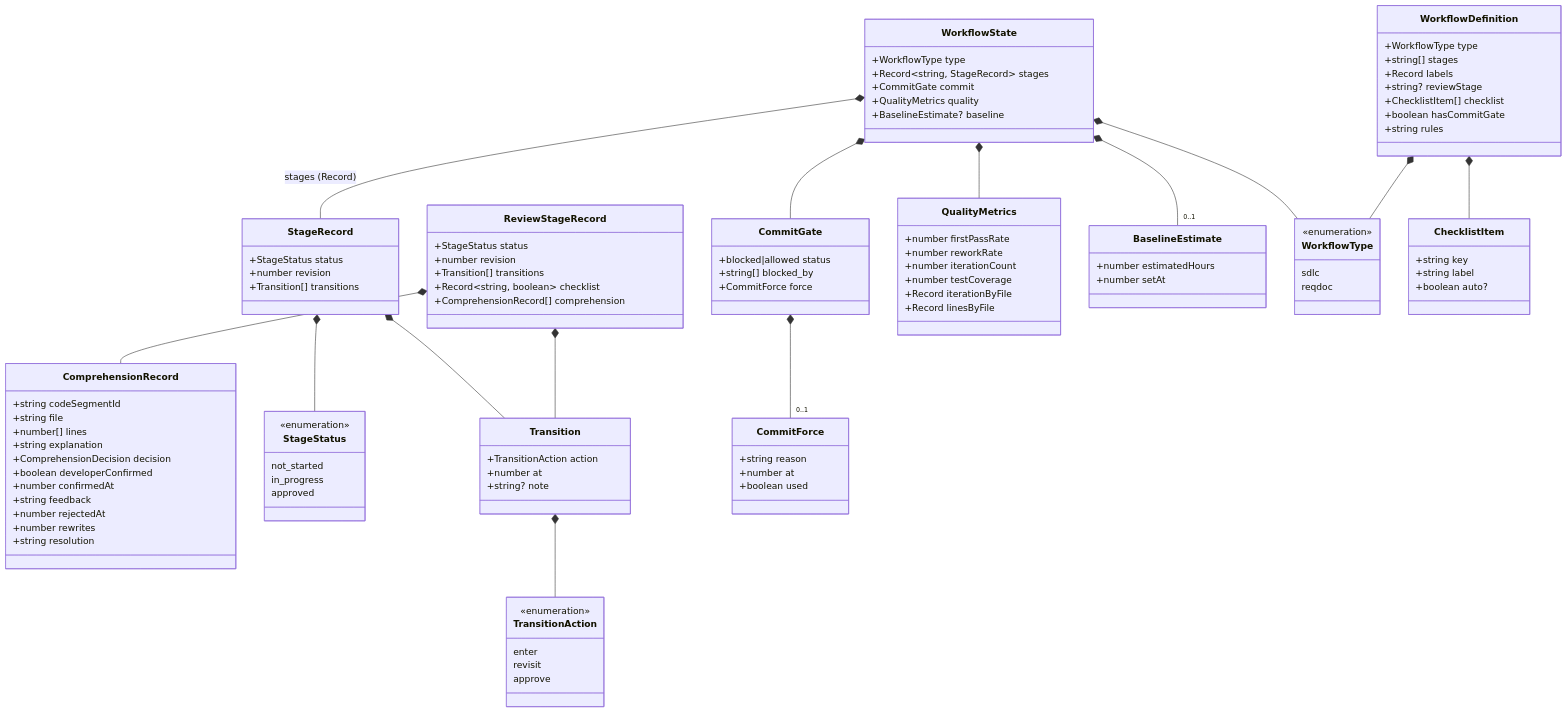
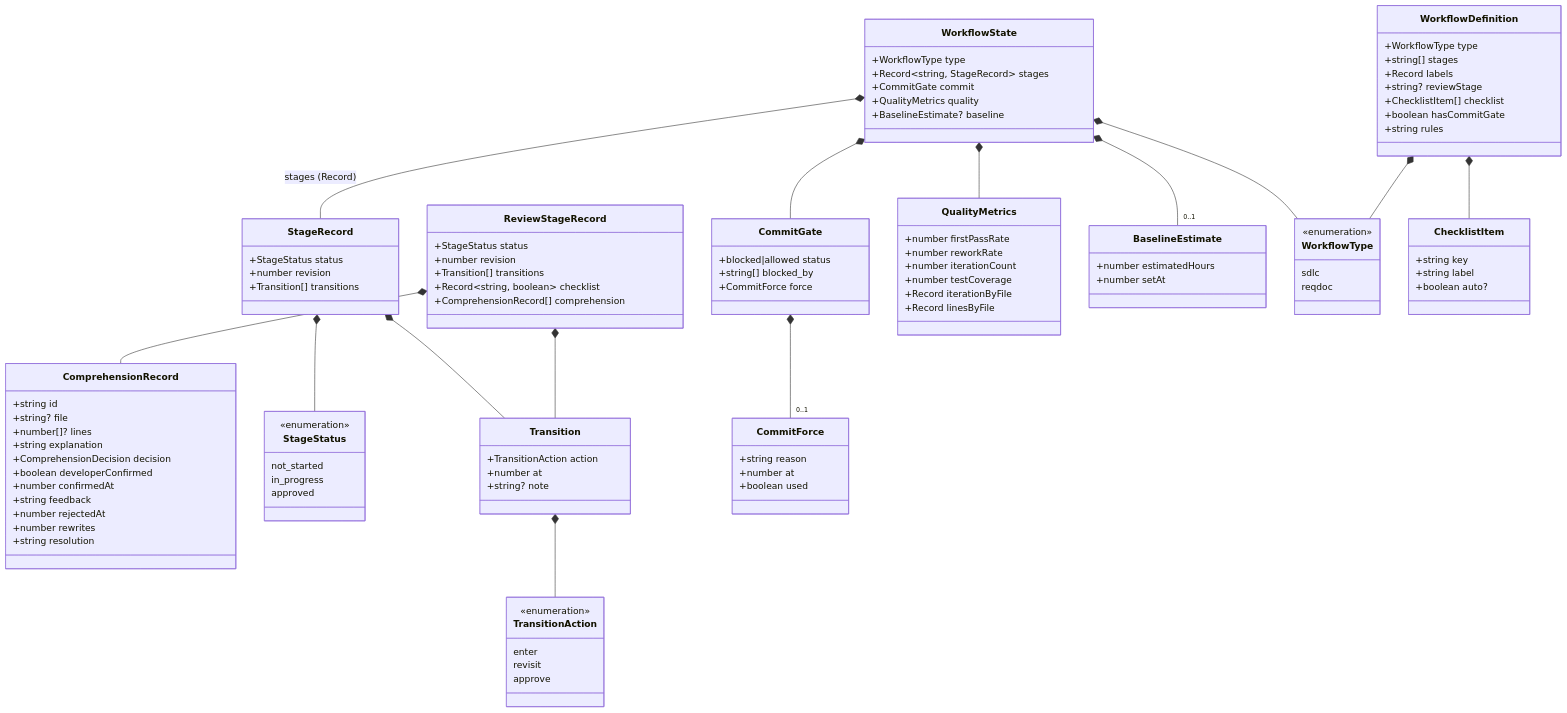
The eighth of 15 diagrams in opencode-session-mgmt/docs/session-management.md (wonglaitung/opencode), drawn with Mermaid before and after one commit. The commit also changed other lines of this file and 7 other files, not shown here.

```diff
--- a/opencode-session-mgmt/docs/session-management.md
+++ b/opencode-session-mgmt/docs/session-management.md
@@ -441,9 +441,9 @@
     }
 
     class ComprehensionRecord {
-        +string codeSegmentId
-        +string file
-        +number[] lines
+        +string id
+        +string? file
+        +number[]? lines
         +string explanation
         +ComprehensionDecision decision
         +boolean developerConfirmed
```
